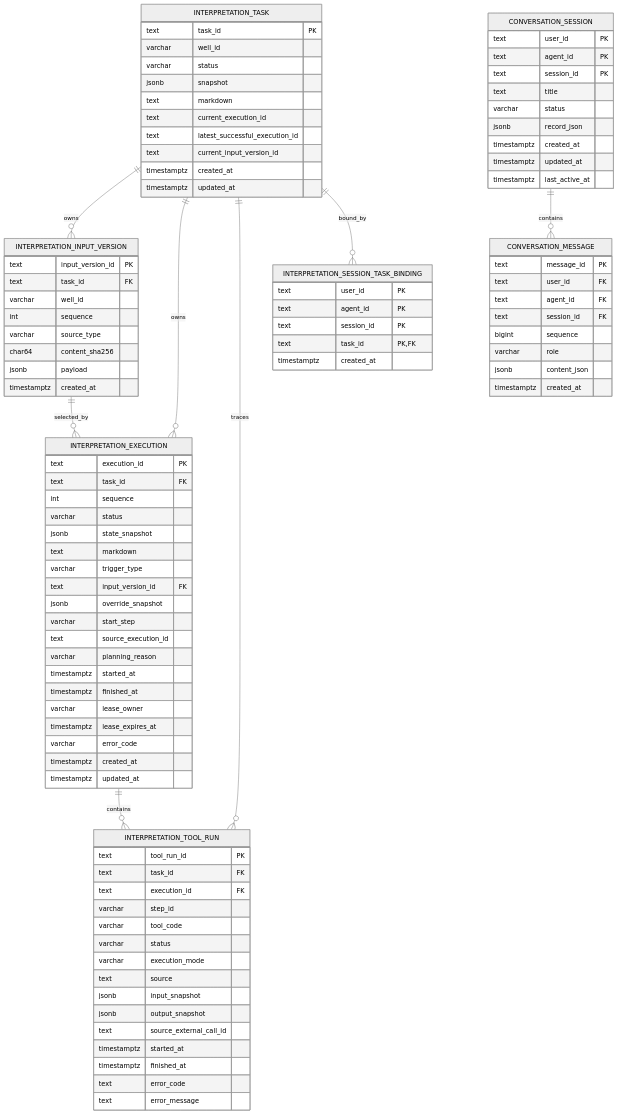
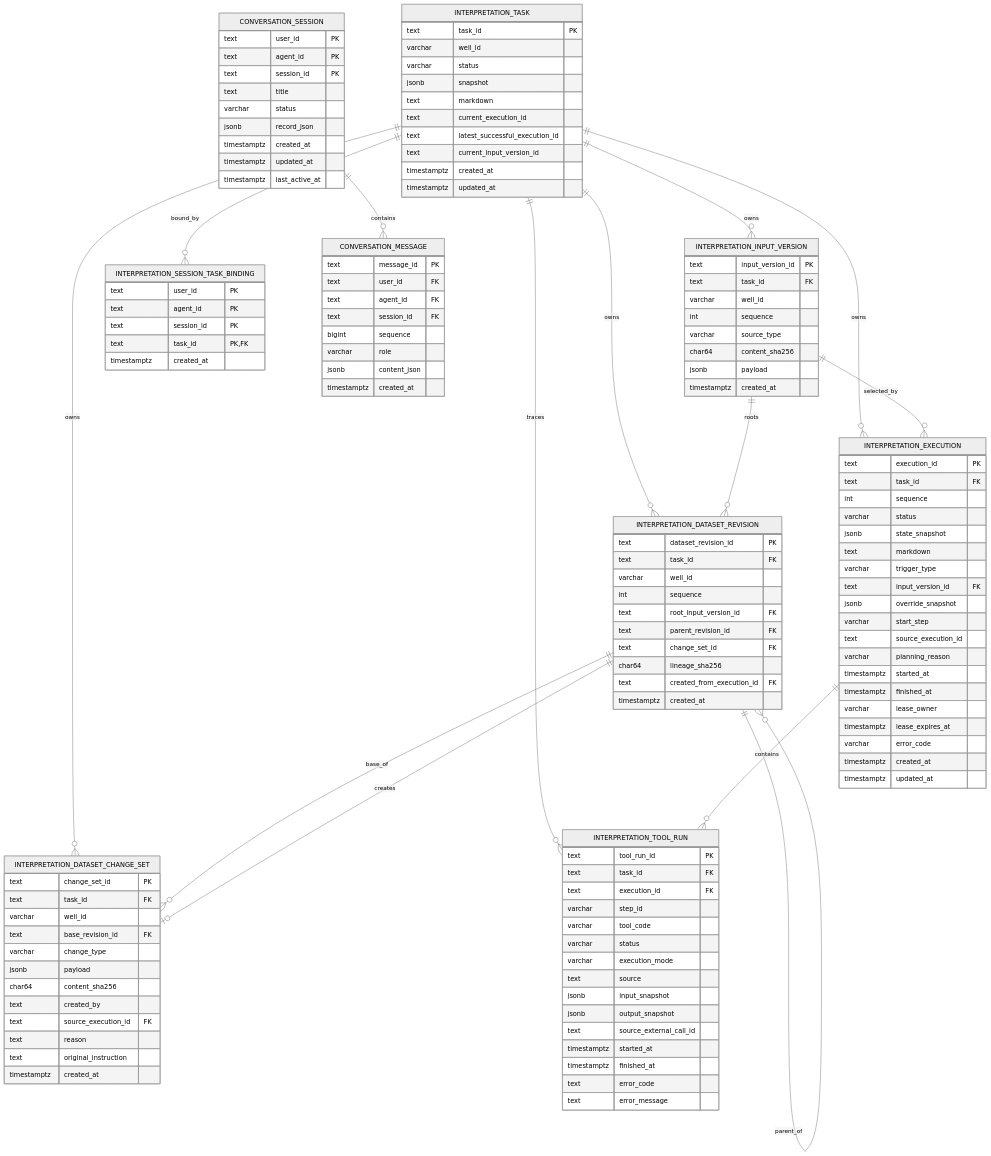
The first of 3 diagrams in docs/07-database-design.md (hytgithub/cnlc-agentscope), drawn with Mermaid (neutral theme) before and after one commit. The commit also changed other lines of this file and 18 other files, not shown here.

Commit message:
feat: add dataset revision and changeset model

```diff
--- a/docs/07-database-design.md
+++ b/docs/07-database-design.md
@@ -8,9 +8,15 @@
 erDiagram
     INTERPRETATION_TASK ||--o{ INTERPRETATION_INPUT_VERSION : owns
     INTERPRETATION_TASK ||--o{ INTERPRETATION_EXECUTION : owns
+    INTERPRETATION_TASK ||--o{ INTERPRETATION_DATASET_REVISION : owns
+    INTERPRETATION_TASK ||--o{ INTERPRETATION_DATASET_CHANGE_SET : owns
     INTERPRETATION_TASK ||--o{ INTERPRETATION_TOOL_RUN : traces
     INTERPRETATION_TASK ||--o{ INTERPRETATION_SESSION_TASK_BINDING : bound_by
     INTERPRETATION_INPUT_VERSION ||--o{ INTERPRETATION_EXECUTION : selected_by
+    INTERPRETATION_INPUT_VERSION ||--o{ INTERPRETATION_DATASET_REVISION : roots
+    INTERPRETATION_DATASET_REVISION ||--o{ INTERPRETATION_DATASET_REVISION : parent_of
+    INTERPRETATION_DATASET_REVISION ||--o{ INTERPRETATION_DATASET_CHANGE_SET : base_of
+    INTERPRETATION_DATASET_CHANGE_SET o|--|| INTERPRETATION_DATASET_REVISION : creates
     INTERPRETATION_EXECUTION ||--o{ INTERPRETATION_TOOL_RUN : contains
 
     INTERPRETATION_TASK {
@@ -55,6 +61,32 @@
         varchar error_code
         timestamptz created_at
         timestamptz updated_at
+    }
+    INTERPRETATION_DATASET_REVISION {
+        text dataset_revision_id PK
+        text task_id FK
+        varchar well_id
+        int sequence
+        text root_input_version_id FK
+        text parent_revision_id FK
+        text change_set_id FK
+        char64 lineage_sha256
+        text created_from_execution_id FK
+        timestamptz created_at
+    }
+    INTERPRETATION_DATASET_CHANGE_SET {
+        text change_set_id PK
+        text task_id FK
+        varchar well_id
+        text base_revision_id FK
+        varchar change_type
+        jsonb payload
+        char64 content_sha256
+        text created_by
+        text source_execution_id FK
+        text reason
+        text original_instruction
+        timestamptz created_at
     }
     INTERPRETATION_TOOL_RUN {
         text tool_run_id PK
```
